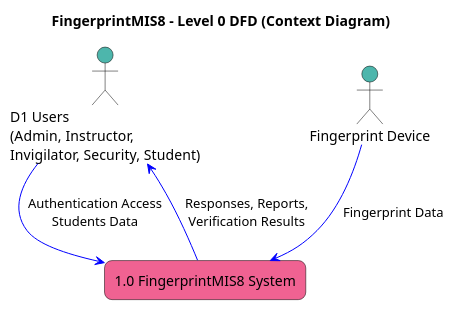
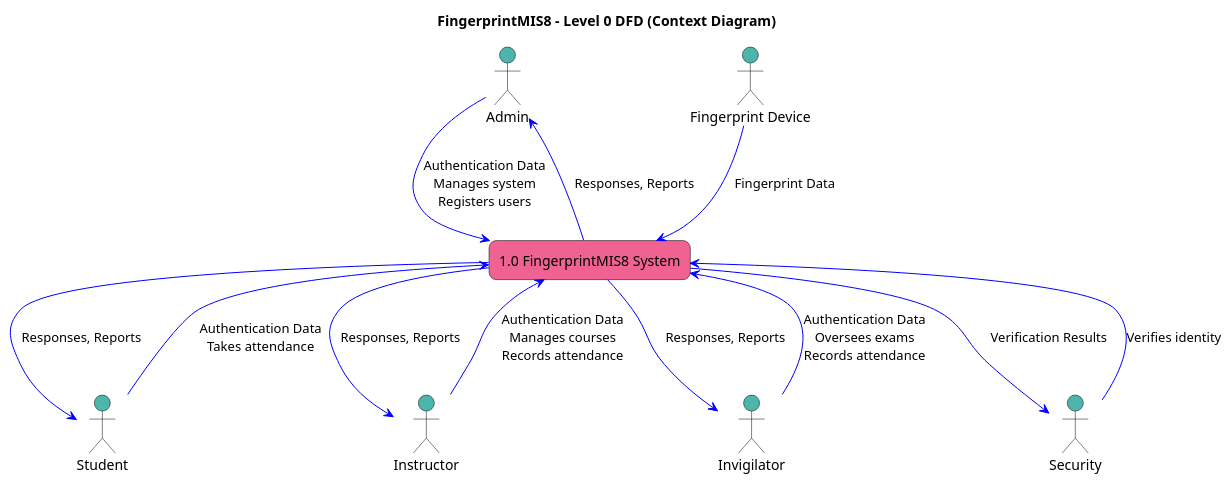
Before and after one commit to Dubai-lab/fingerprintmis8: the diagram in Diagrams/dfd_level0_fingerprintmis8.puml, drawn with PlantUML. The commit also changed 90 other files, not shown here.

```diff
--- a/Diagrams/dfd_level0_fingerprintmis8.puml
+++ b/Diagrams/dfd_level0_fingerprintmis8.puml
@@ -1,25 +1,39 @@
 @startuml
 title FingerprintMIS8 - Level 0 DFD (Context Diagram)
 
 skinparam rectangle {
   BackgroundColor #f06292
   BorderColor black
   RoundCorner 15
   FontColor black
 }
 
 skinparam actor {
   BackgroundColor #4db6ac
   BorderColor black
   FontColor black
 }
 
-actor "D1 Users\n(Admin, Instructor,\nInvigilator, Security, Student)" as Users #4db6ac
+actor "Admin" as Admin #4db6ac
+actor "Student" as Student #4db6ac
+actor "Instructor" as Instructor #4db6ac
+actor "Invigilator" as Invigilator #4db6ac
+actor "Security" as Security #4db6ac
+
 rectangle "1.0 FingerprintMIS8 System" as System #f06292
 actor "Fingerprint Device" as Device #4db6ac
 
-Users -[#0000FF]-> System : Authentication Access\nStudents Data
+Admin -[#0000FF]-> System : Authentication Data\nManages system\nRegisters users
+Student -[#0000FF]-> System : Authentication Data\nTakes attendance
+Instructor -[#0000FF]-> System : Authentication Data\nManages courses\nRecords attendance
+Invigilator -[#0000FF]-> System : Authentication Data\nOversees exams\nRecords attendance
+Security -[#0000FF]-> System : Verifies identity
+
 Device -[#0000FF]-> System : Fingerprint Data
-System -[#0000FF]-> Users : Responses, Reports,\nVerification Results
+System -[#0000FF]-> Admin : Responses, Reports
+System -[#0000FF]-> Student : Responses, Reports
+System -[#0000FF]-> Instructor : Responses, Reports
+System -[#0000FF]-> Invigilator : Responses, Reports
+System -[#0000FF]-> Security : Verification Results
 
 @enduml
```
